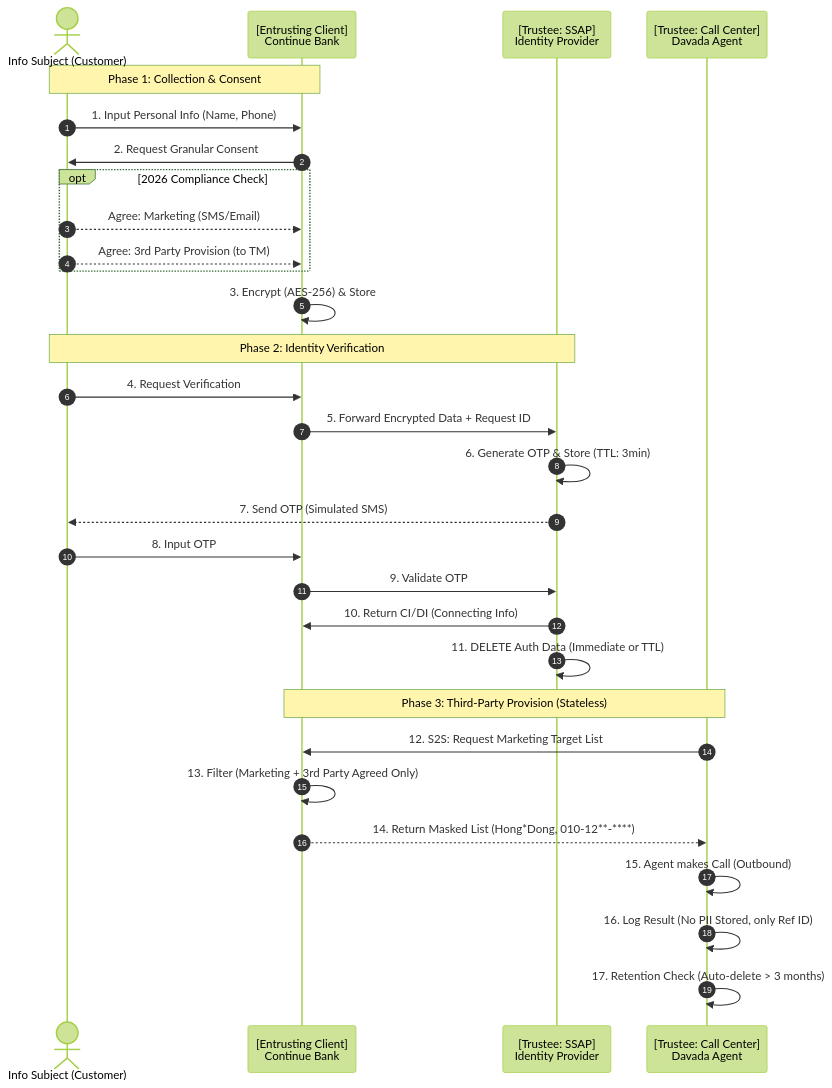
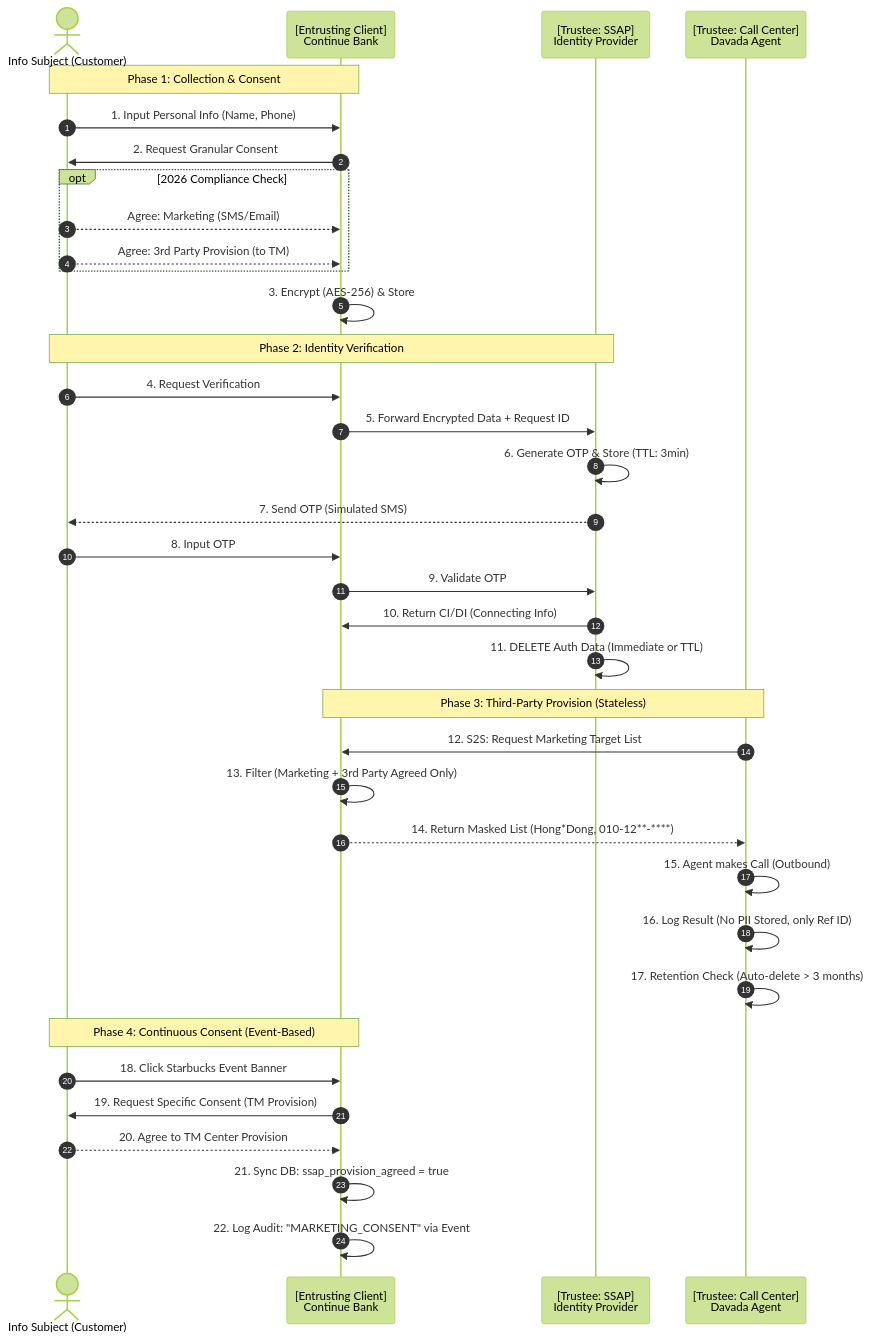
Before and after one commit to 11mia1717/homepage-project: the diagram in docs/PRIVACY_FLOW_2026.md, drawn with Mermaid (forest theme). The commit also changed 3 other files, not shown here.

````diff
--- a/docs/PRIVACY_FLOW_2026.md
+++ b/docs/PRIVACY_FLOW_2026.md
@@ -22,39 +22,47 @@
 ```mermaid
 sequenceDiagram
     autonumber
     actor User as Info Subject (Customer)
     participant Entrusting as [Entrusting Client]<br/>Continue Bank
     participant SSAP as [Trustee: SSAP]<br/>Identity Provider
     participant TM as [Trustee: Call Center]<br/>Davada Agent
     
     Note over User, Entrusting: Phase 1: Collection & Consent
     
     User->>Entrusting: 1. Input Personal Info (Name, Phone)
     Entrusting->>User: 2. Request Granular Consent
     opt 2026 Compliance Check
         User-->>Entrusting: Agree: Marketing (SMS/Email)
         User-->>Entrusting: Agree: 3rd Party Provision (to TM)
     end
     Entrusting->>Entrusting: 3. Encrypt (AES-256) & Store
     
     Note over User, SSAP: Phase 2: Identity Verification
     
     User->>Entrusting: 4. Request Verification
     Entrusting->>SSAP: 5. Forward Encrypted Data + Request ID
     SSAP->>SSAP: 6. Generate OTP & Store (TTL: 3min)
     SSAP-->>User: 7. Send OTP (Simulated SMS)
     User->>Entrusting: 8. Input OTP
     Entrusting->>SSAP: 9. Validate OTP
     SSAP->>Entrusting: 10. Return CI/DI (Connecting Info)
     SSAP->>SSAP: 11. DELETE Auth Data (Immediate or TTL)
     
     Note over Entrusting, TM: Phase 3: Third-Party Provision (Stateless)
     
     TM->>Entrusting: 12. S2S: Request Marketing Target List
     Entrusting->>Entrusting: 13. Filter (Marketing + 3rd Party Agreed Only)
     Entrusting-->>TM: 14. Return Masked List (Hong*Dong, 010-12**-****)
     
     TM->>TM: 15. Agent makes Call (Outbound)
     TM->>TM: 16. Log Result (No PII Stored, only Ref ID)
     TM->>TM: 17. Retention Check (Auto-delete > 3 months)
+
+    Note over User, Entrusting: Phase 4: Continuous Consent (Event-Based)
+    
+    User->>Entrusting: 18. Click Starbucks Event Banner
+    Entrusting->>User: 19. Request Specific Consent (TM Provision)
+    User-->>Entrusting: 20. Agree to TM Center Provision
+    Entrusting->>Entrusting: 21. Sync DB: ssap_provision_agreed = true
+    Entrusting->>Entrusting: 22. Log Audit: "MARKETING_CONSENT" via Event
 ```
````
